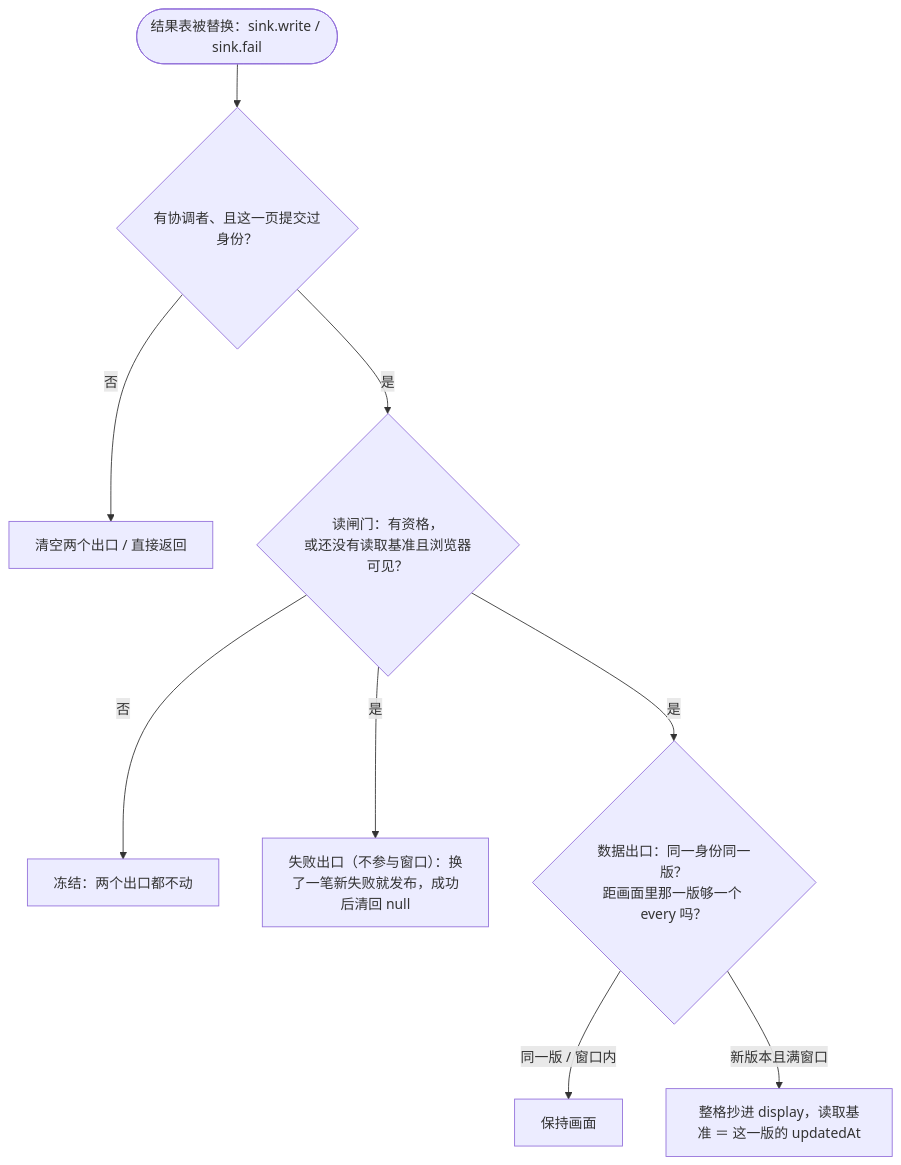
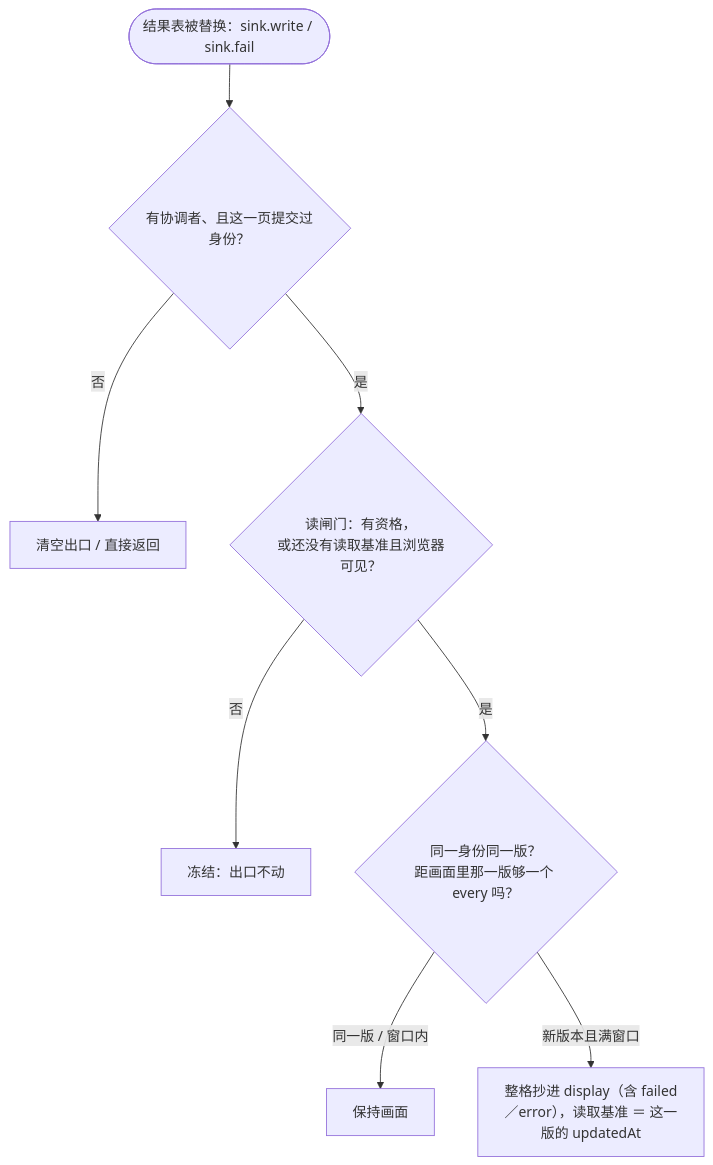
Before and after one commit to anjing0524/vue-refresh: the fourth of 4 diagrams in DESIGN.md, drawn with Mermaid. The commit also changed other lines of this file and 26 other files, not shown here.

````diff
--- a/DESIGN.md
+++ b/DESIGN.md
@@ -406,11 +407,10 @@
 ```mermaid
 flowchart TD
   Wake(["结果表被替换：sink.write / sink.fail"]) --> Ready{"有协调者、且这一页提交过身份？"}
-  Ready -->|"否"| Idle["清空两个出口 / 直接返回"]
+  Ready -->|"否"| Idle["清空出口 / 直接返回"]
   Ready -->|"是"| Gate{"读闸门：有资格，<br/>或还没有读取基准且浏览器可见？"}
-  Gate -->|"否"| Freeze["冻结：两个出口都不动"]
-  Gate -->|"是"| Fail["失败出口（不参与窗口）：换了一笔新失败就发布，成功后清回 null"]
-  Gate -->|"是"| Fresh{"数据出口：同一身份同一版？<br/>距画面里那一版够一个 every 吗？"}
+  Gate -->|"否"| Freeze["冻结：出口不动"]
+  Gate -->|"是"| Fresh{"同一身份同一版？<br/>距画面里那一版够一个 every 吗？"}
   Fresh -->|"同一版 / 窗口内"| Keep["保持画面"]
-  Fresh -->|"新版本且满窗口"| Paint["整格抄进 display，读取基准 ＝ 这一版的 updatedAt"]
+  Fresh -->|"新版本且满窗口"| Paint["整格抄进 display（含 failed／error），读取基准 ＝ 这一版的 updatedAt"]
 ```
````
